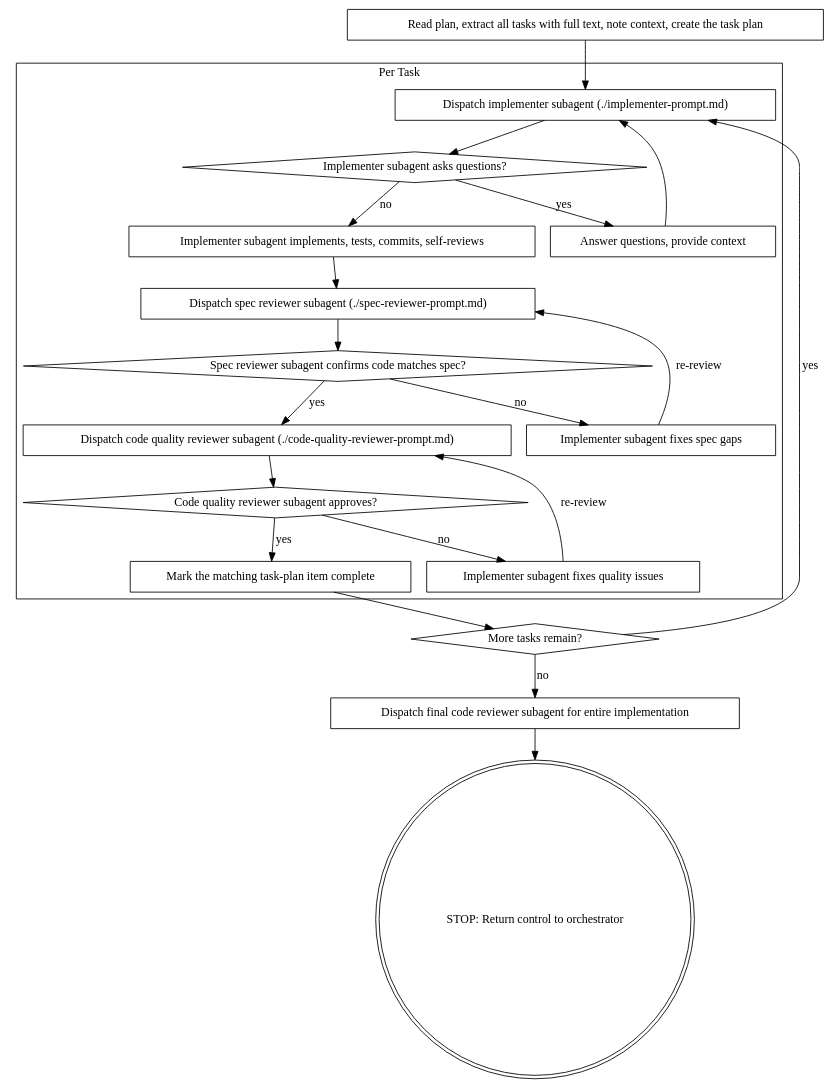
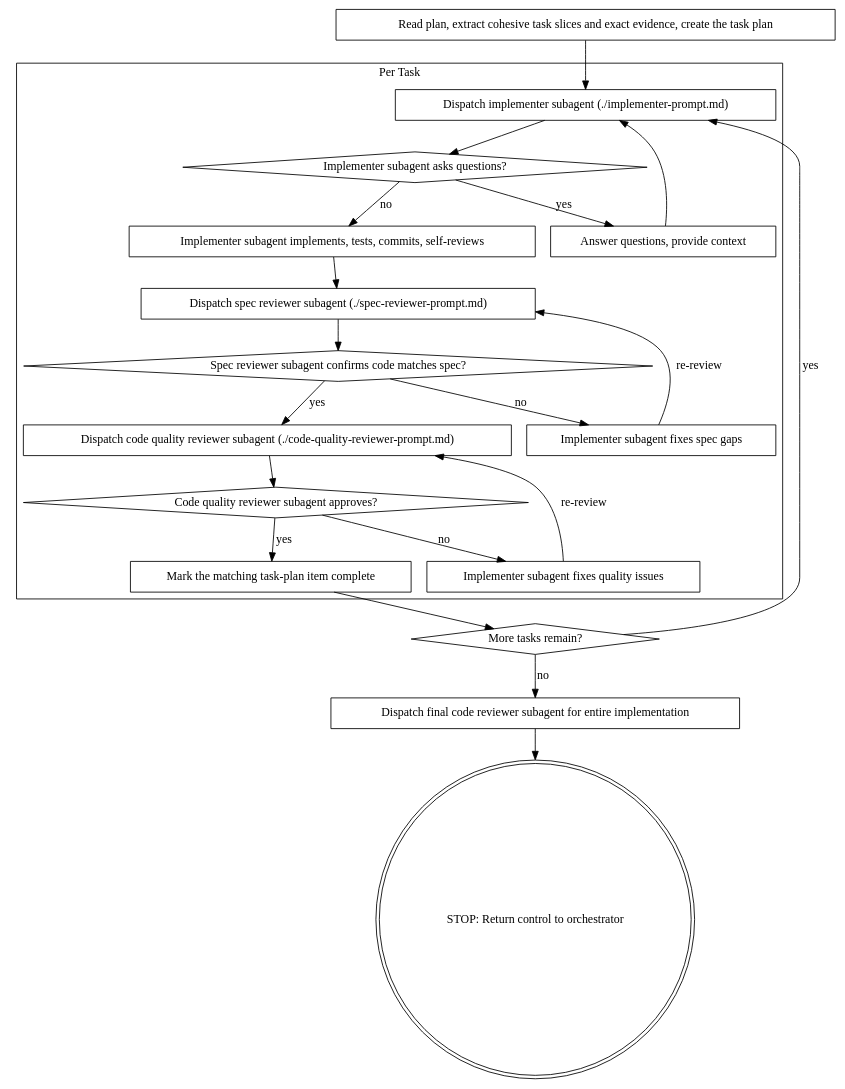
Before and after one commit to Kodria/awm-baseline-registry: the second of 2 diagrams in skills/subagent-driven-development/SKILL.md, drawn with Graphviz. The commit also changed other lines of this file and 13 other files, not shown here.

````diff
--- a/skills/subagent-driven-development/SKILL.md
+++ b/skills/subagent-driven-development/SKILL.md
@@ -123,44 +142,44 @@
 ```dot
 digraph process {
     rankdir=TB;
 
     subgraph cluster_per_task {
         label="Per Task";
         "Dispatch implementer subagent (./implementer-prompt.md)" [shape=box];
         "Implementer subagent asks questions?" [shape=diamond];
         "Answer questions, provide context" [shape=box];
         "Implementer subagent implements, tests, commits, self-reviews" [shape=box];
         "Dispatch spec reviewer subagent (./spec-reviewer-prompt.md)" [shape=box];
         "Spec reviewer subagent confirms code matches spec?" [shape=diamond];
         "Implementer subagent fixes spec gaps" [shape=box];
         "Dispatch code quality reviewer subagent (./code-quality-reviewer-prompt.md)" [shape=box];
         "Code quality reviewer subagent approves?" [shape=diamond];
         "Implementer subagent fixes quality issues" [shape=box];
         "Mark the matching task-plan item complete" [shape=box];
     }
 
-    "Read plan, extract all tasks with full text, note context, create the task plan" [shape=box];
+    "Read plan, extract cohesive task slices and exact evidence, create the task plan" [shape=box];
     "More tasks remain?" [shape=diamond];
     "Dispatch final code reviewer subagent for entire implementation" [shape=box];
     "STOP: Return control to orchestrator" [shape=doublecircle];
 
-    "Read plan, extract all tasks with full text, note context, create the task plan" -> "Dispatch implementer subagent (./implementer-prompt.md)";
+    "Read plan, extract cohesive task slices and exact evidence, create the task plan" -> "Dispatch implementer subagent (./implementer-prompt.md)";
     "Dispatch implementer subagent (./implementer-prompt.md)" -> "Implementer subagent asks questions?";
     "Implementer subagent asks questions?" -> "Answer questions, provide context" [label="yes"];
     "Answer questions, provide context" -> "Dispatch implementer subagent (./implementer-prompt.md)";
     "Implementer subagent asks questions?" -> "Implementer subagent implements, tests, commits, self-reviews" [label="no"];
     "Implementer subagent implements, tests, commits, self-reviews" -> "Dispatch spec reviewer subagent (./spec-reviewer-prompt.md)";
     "Dispatch spec reviewer subagent (./spec-reviewer-prompt.md)" -> "Spec reviewer subagent confirms code matches spec?";
     "Spec reviewer subagent confirms code matches spec?" -> "Implementer subagent fixes spec gaps" [label="no"];
     "Implementer subagent fixes spec gaps" -> "Dispatch spec reviewer subagent (./spec-reviewer-prompt.md)" [label="re-review"];
     "Spec reviewer subagent confirms code matches spec?" -> "Dispatch code quality reviewer subagent (./code-quality-reviewer-prompt.md)" [label="yes"];
     "Dispatch code quality reviewer subagent (./code-quality-reviewer-prompt.md)" -> "Code quality reviewer subagent approves?";
     "Code quality reviewer subagent approves?" -> "Implementer subagent fixes quality issues" [label="no"];
     "Implementer subagent fixes quality issues" -> "Dispatch code quality reviewer subagent (./code-quality-reviewer-prompt.md)" [label="re-review"];
     "Code quality reviewer subagent approves?" -> "Mark the matching task-plan item complete" [label="yes"];
     "Mark the matching task-plan item complete" -> "More tasks remain?";
     "More tasks remain?" -> "Dispatch implementer subagent (./implementer-prompt.md)" [label="yes"];
     "More tasks remain?" -> "Dispatch final code reviewer subagent for entire implementation" [label="no"];
     "Dispatch final code reviewer subagent for entire implementation" -> "STOP: Return control to orchestrator";
 }
 ```
````
